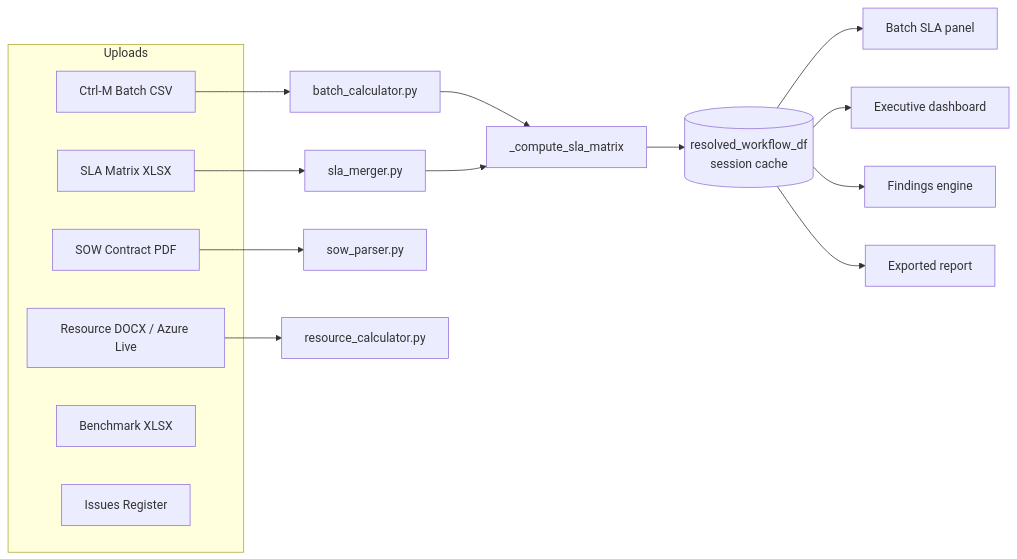
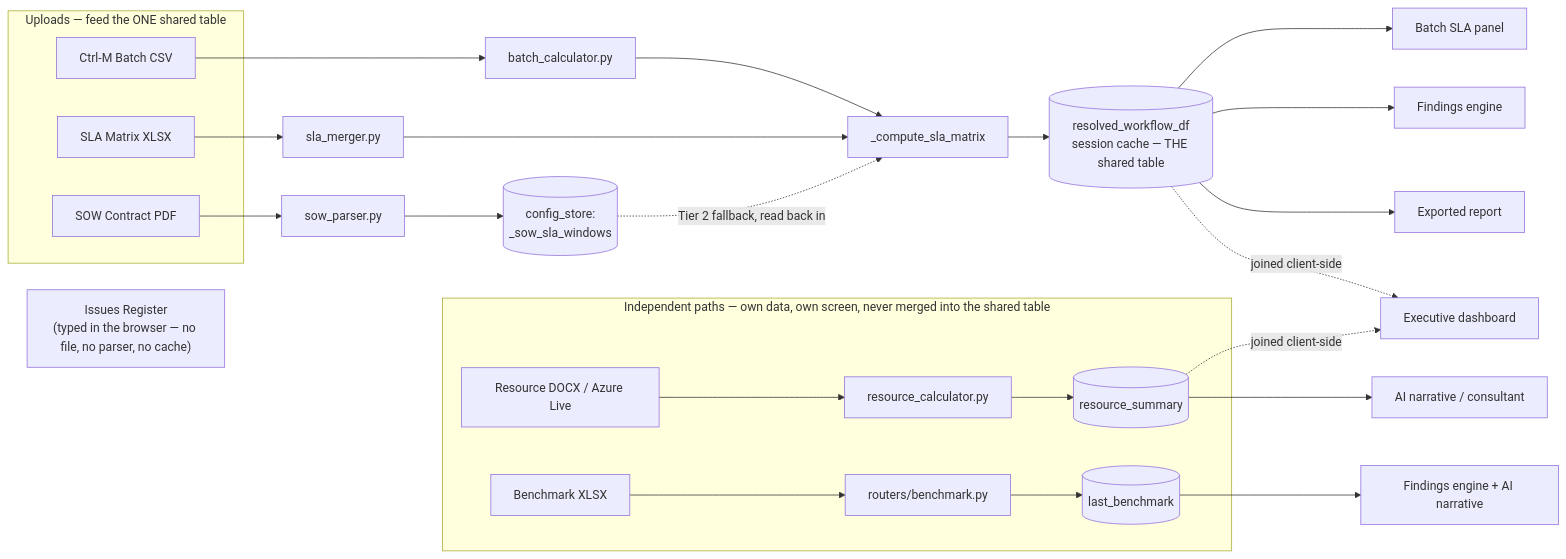
The first of 9 diagrams in PE_Dashboard_Presentation.md (ayum321/PE_Dashboard), drawn with Mermaid before and after one commit. The commit also changed other lines of this file and 2 other files, not shown here.

````diff
--- a/PE_Dashboard_Presentation.md
+++ b/PE_Dashboard_Presentation.md
@@ -80,22 +86,30 @@
 ```mermaid
 flowchart LR
-    subgraph Uploads
+    subgraph Uploads["Uploads — feed the ONE shared table"]
         A[Ctrl-M Batch CSV]
-        B[Resource DOCX / Azure Live]
         C[SLA Matrix XLSX]
         D[SOW Contract PDF]
-        E[Benchmark XLSX]
-        F[Issues Register]
     end
     A --> P[batch_calculator.py]
     C --> M[sla_merger.py]
     D --> S[sow_parser.py]
-    B --> R[resource_calculator.py]
+    S --> CFG[(config_store:\n_sow_sla_windows)]
     P --> T[_compute_sla_matrix]
     M --> T
-    T --> X[(resolved_workflow_df\nsession cache)]
+    CFG -. "Tier 2 fallback, read back in" .-> T
+    T --> X[(resolved_workflow_df\nsession cache — THE shared table)]
     X --> U1[Batch SLA panel]
-    X --> U2[Executive dashboard]
-    X --> U3[Findings engine]
-    X --> U4[Exported report]
+    X --> U2[Findings engine]
+    X --> U3[Exported report]
+    X -. "joined client-side" .-> U4[Executive dashboard]
+
+    subgraph Independent["Independent paths — own data, own screen, never merged into the shared table"]
+        B[Resource DOCX / Azure Live] --> R[resource_calculator.py] --> RS[(resource_summary)]
+        E[Benchmark XLSX] --> BR[routers/benchmark.py] --> BS[(last_benchmark)]
+    end
+    RS --> N1[AI narrative / consultant]
+    BS --> N2[Findings engine + AI narrative]
+    RS -. "joined client-side" .-> U4
+
+    F["Issues Register\n(typed in the browser — no file, no parser, no cache)"]
 ```
````
